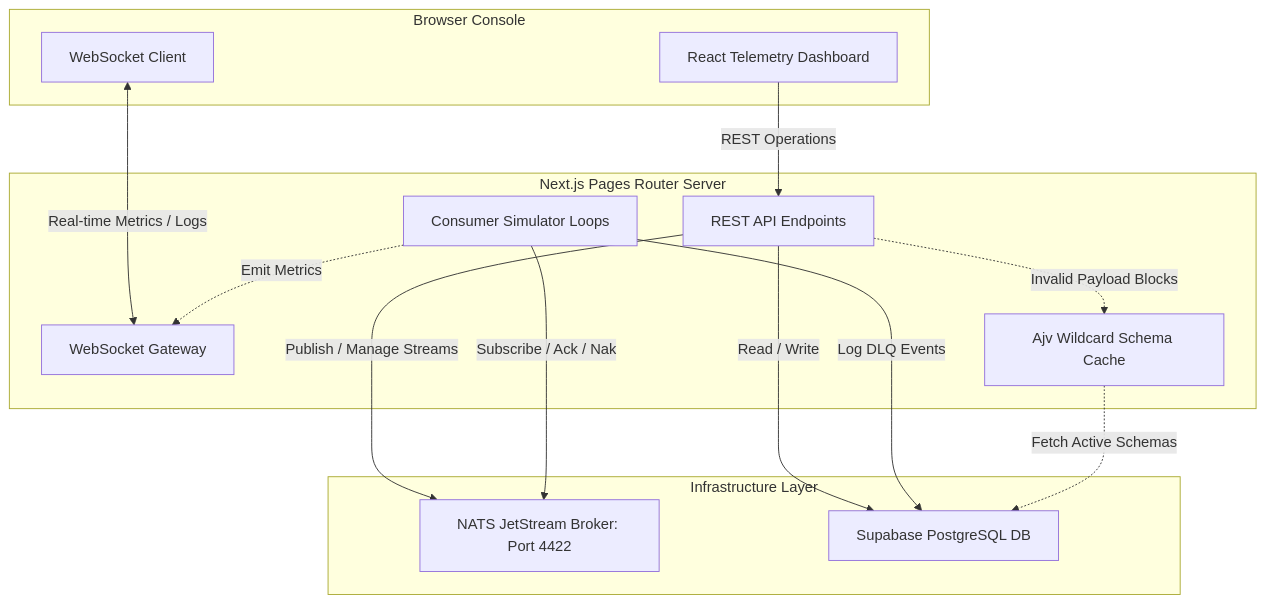
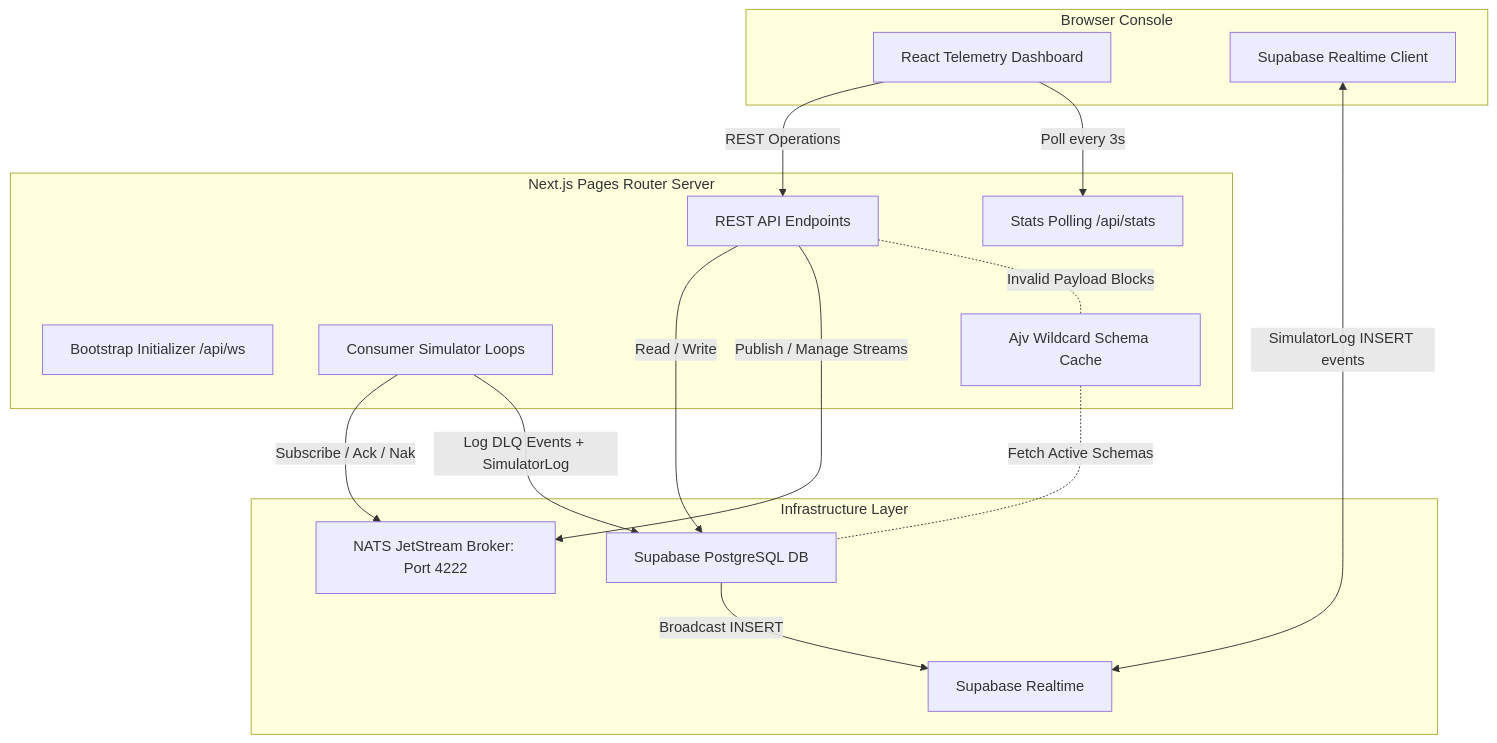
One commit to donshammah96/event-streaming changed the diagram in README.md. Above: the diagram before and after it, drawn with Mermaid. The commit also changed other lines of this file and 40 other files, not shown here.

````diff
--- a/README.md
+++ b/README.md
@@ -11,32 +13,35 @@
 ```mermaid
 flowchart TD
     subgraph Client [Browser Console]
         UI[React Telemetry Dashboard]
-        WS_Client[WebSocket Client]
+        RT_Client[Supabase Realtime Client]
     end
 
     subgraph AppServer [Next.js Pages Router Server]
         API[REST API Endpoints]
-        WS_Gateway[WebSocket Gateway]
+        Bootstrap[Bootstrap Initializer /api/ws]
+        Stats[Stats Polling /api/stats]
         Sim_Engine[Consumer Simulator Loops]
         Schema_Cache[Ajv Wildcard Schema Cache]
     end
 
     subgraph Infra [Infrastructure Layer]
-        NATS[NATS JetStream Broker: Port 4422]
+        NATS[NATS JetStream Broker: Port 4222]
         Supa[Supabase PostgreSQL DB]
+        RT[Supabase Realtime]
     end
 
     UI -->|REST Operations| API
-    WS_Client <-->|Real-time Metrics / Logs| WS_Gateway
-    
+    UI -->|Poll every 3s| Stats
+    RT_Client <-->|SimulatorLog INSERT events| RT
+
     API -->|Read / Write| Supa
     API -->|Publish / Manage Streams| NATS
-    
+
     Sim_Engine -->|Subscribe / Ack / Nak| NATS
-    Sim_Engine -->|Log DLQ Events| Supa
-    Sim_Engine -.->|Emit Metrics| WS_Gateway
-    
-    API -.->|Invalid Payload Blocks| Schema_Cache
-    Schema_Cache -.->|Fetch Active Schemas| Supa
+    Sim_Engine -->|Log DLQ Events + SimulatorLog| Supa
+    Supa -->|Broadcast INSERT| RT
+
+    API -.-|Invalid Payload Blocks| Schema_Cache
+    Schema_Cache -.-|Fetch Active Schemas| Supa
 ```
````
